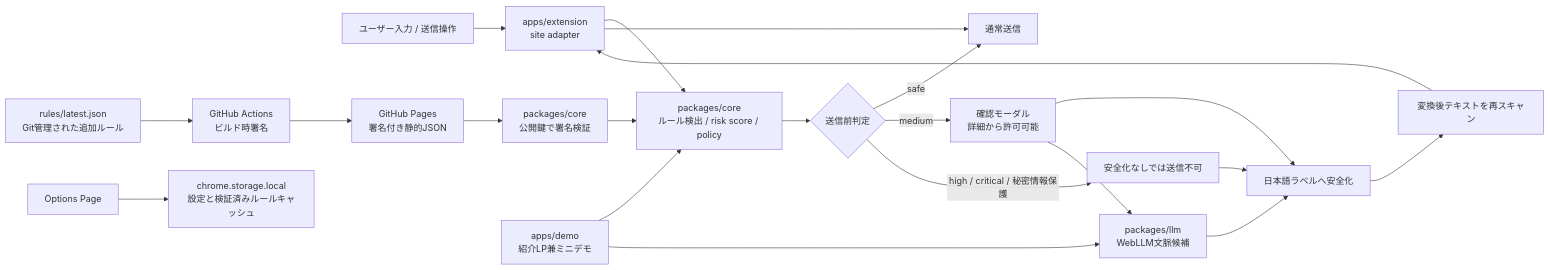
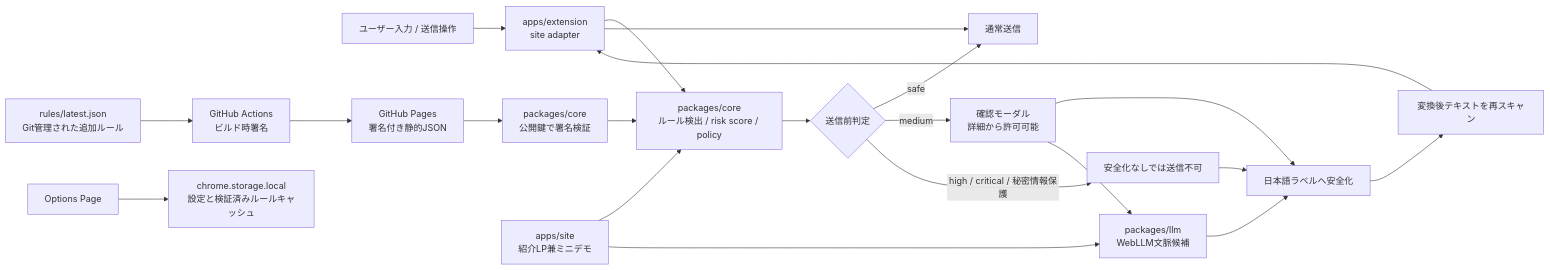
The diagram in README.md (shunya-mabuchi/ai-mae-check), drawn with Mermaid before and after one commit. The commit also changed other lines of this file and 78 other files, not shown here.

````diff
--- a/README.md
+++ b/README.md
@@ -166,23 +166,23 @@
 ```mermaid
 flowchart LR
   User["ユーザー入力 / 送信操作"] --> Adapter["apps/extension\nsite adapter"]
   RuleSource["rules/latest.json\nGit管理された追加ルール"] --> BuildSign["GitHub Actions\nビルド時署名"]
   BuildSign --> RuleApi["GitHub Pages\n署名付き静的JSON"]
   RuleApi --> Verify["packages/core\n公開鍵で署名検証"]
   Verify --> Core
   Adapter --> Core["packages/core\nルール検出 / risk score / policy"]
   Core --> Decision{"送信前判定"}
   Decision -->|safe| Submit["通常送信"]
   Decision -->|medium| Modal["確認モーダル\n詳細から許可可能"]
   Decision -->|high / critical / 秘密情報保護| Block["安全化なしでは送信不可"]
   Modal --> Transform["日本語ラベルへ安全化"]
   Block --> Transform
   Modal --> Llm["packages/llm\nWebLLM文脈候補"]
   Llm --> Transform
   Transform --> Rescan["変換後テキストを再スキャン"]
   Rescan --> Adapter
   Adapter --> Submit
   Options["Options Page"] --> Storage["chrome.storage.local\n設定と検証済みルールキャッシュ"]
-  Demo["apps/demo\n紹介LP兼ミニデモ"] --> Core
+  Demo["apps/site\n紹介LP兼ミニデモ"] --> Core
   Demo --> Llm
 ```
````
